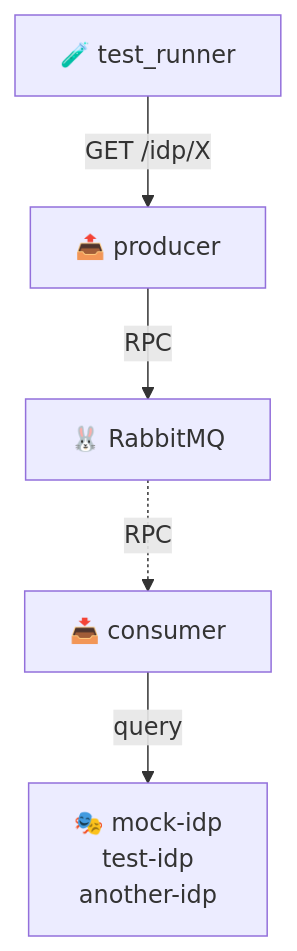
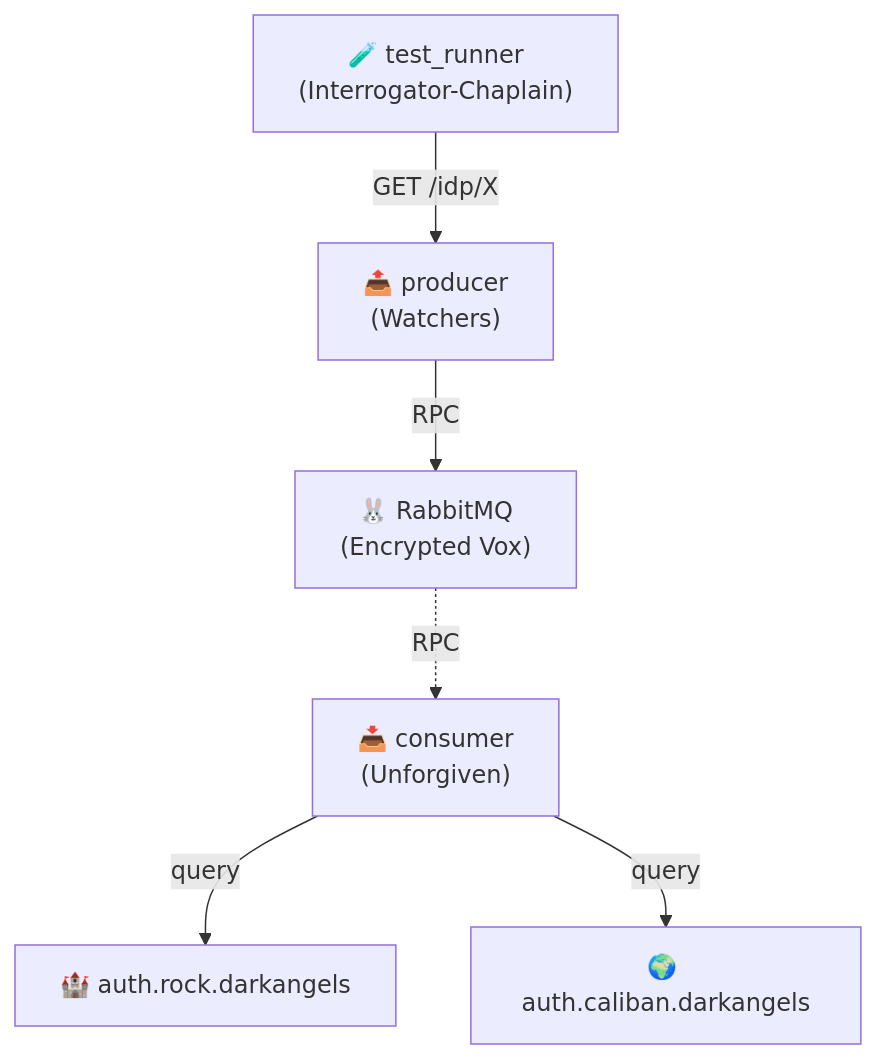
Before and after one commit to proconnect-gouv/idp-status-monitoring: the diagram in examples/idp_health_check_rpc/README.md, drawn with Mermaid. The commit also changed other lines of this file and 25 other files, not shown here.

````diff
--- a/examples/idp_health_check_rpc/README.md
+++ b/examples/idp_health_check_rpc/README.md
@@ -5,13 +7,15 @@
 ```mermaid
 graph TB
-    test["🧪 test_runner"]
-    producer["📤 producer"]
-    consumer["📥 consumer"]
-    rabbitmq["🐰 RabbitMQ"]
-    mock["🎭 mock-idp<br/>test-idp<br/>another-idp"]
+    test["🧪 test_runner<br/>(Interrogator-Chaplain)"]
+    producer["📤 producer<br/>(Watchers)"]
+    consumer["📥 consumer<br/>(Unforgiven)"]
+    rabbitmq["🐰 RabbitMQ<br/>(Encrypted Vox)"]
+    rock["🏰 auth.rock.darkangels"]
+    caliban["🌍 auth.caliban.darkangels"]
 
     test -->|GET /idp/X| producer
     producer -->|RPC| rabbitmq
     rabbitmq -.->|RPC| consumer
-    consumer -->|query| mock
+    consumer -->|query| rock
+    consumer -->|query| caliban
 ```
````
